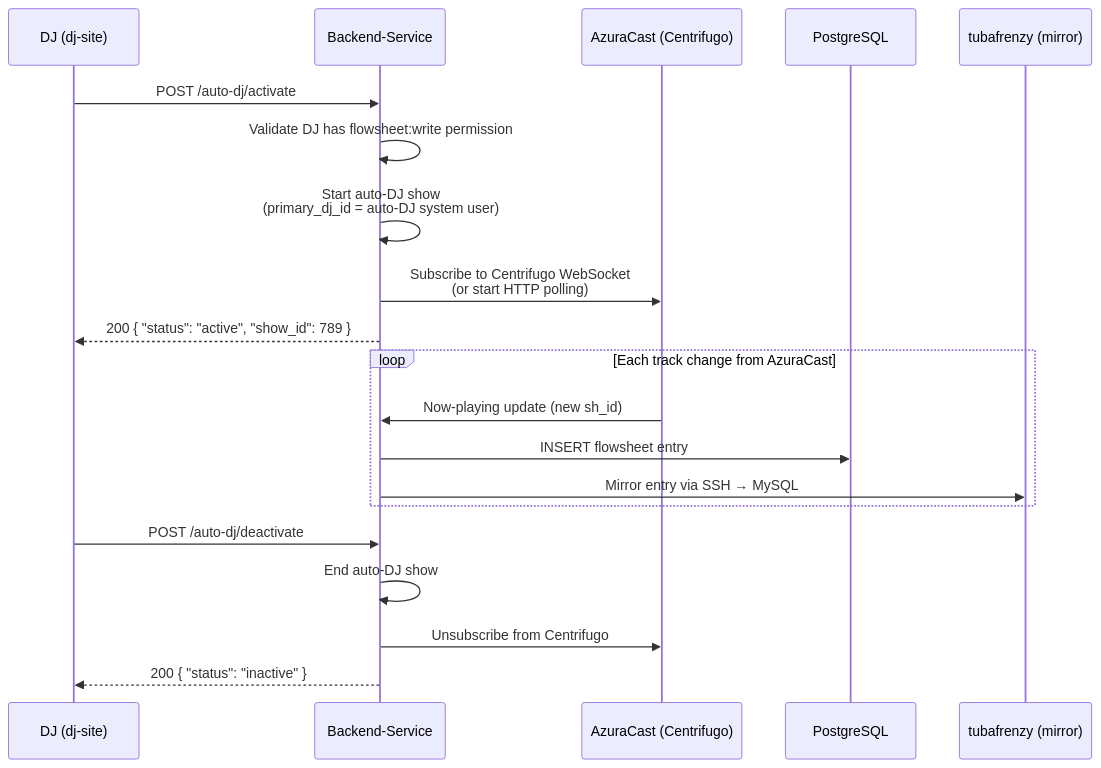
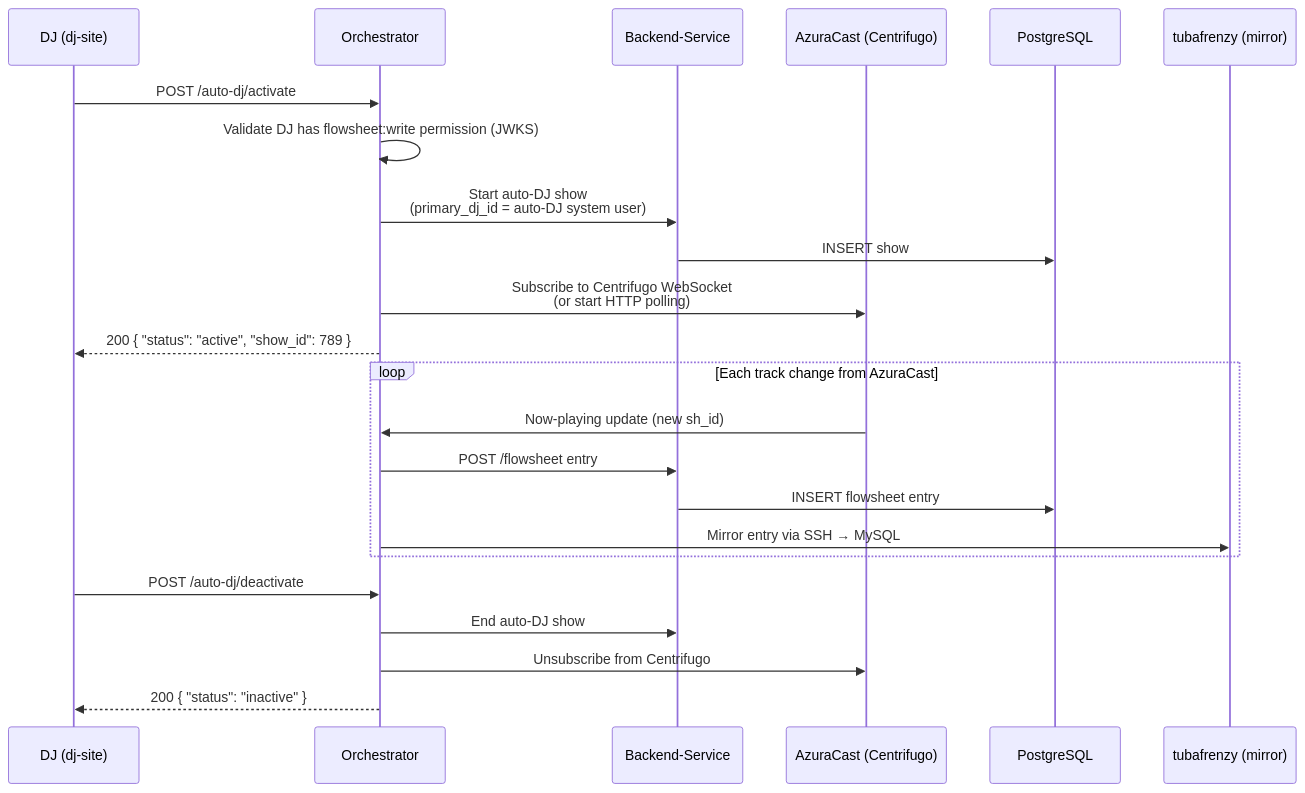
Before and after one commit to WXYC/auto-dj-arduino-switch: the second of 15 diagrams in docs/networking-spec.md, drawn with Mermaid. The commit also changed other lines of this file, not shown here.

First line of the commit message:
Replace Backend-Service with orchestrator where duties apply

````diff
--- a/docs/networking-spec.md
+++ b/docs/networking-spec.md
@@ -126,25 +126,28 @@
 ```mermaid
 sequenceDiagram
     participant DJ as DJ (dj-site)
+    participant Orch as Orchestrator
     participant BS as Backend-Service
     participant AZ as AzuraCast (Centrifugo)
     participant PG as PostgreSQL
     participant TF as tubafrenzy (mirror)
 
-    DJ->>BS: POST /auto-dj/activate
-    BS->>BS: Validate DJ has flowsheet:write permission
-    BS->>BS: Start auto-DJ show<br>(primary_dj_id = auto-DJ system user)
-    BS->>AZ: Subscribe to Centrifugo WebSocket<br>(or start HTTP polling)
-    BS-->>DJ: 200 { "status": "active", "show_id": 789 }
+    DJ->>Orch: POST /auto-dj/activate
+    Orch->>Orch: Validate DJ has flowsheet:write permission (JWKS)
+    Orch->>BS: Start auto-DJ show<br>(primary_dj_id = auto-DJ system user)
+    BS->>PG: INSERT show
+    Orch->>AZ: Subscribe to Centrifugo WebSocket<br>(or start HTTP polling)
+    Orch-->>DJ: 200 { "status": "active", "show_id": 789 }
 
     loop Each track change from AzuraCast
-        AZ->>BS: Now-playing update (new sh_id)
+        AZ->>Orch: Now-playing update (new sh_id)
+        Orch->>BS: POST /flowsheet entry
         BS->>PG: INSERT flowsheet entry
-        BS->>TF: Mirror entry via SSH → MySQL
+        Orch->>TF: Mirror entry via SSH → MySQL
     end
 
-    DJ->>BS: POST /auto-dj/deactivate
-    BS->>BS: End auto-DJ show
-    BS->>AZ: Unsubscribe from Centrifugo
-    BS-->>DJ: 200 { "status": "inactive" }
+    DJ->>Orch: POST /auto-dj/deactivate
+    Orch->>BS: End auto-DJ show
+    Orch->>AZ: Unsubscribe from Centrifugo
+    Orch-->>DJ: 200 { "status": "inactive" }
 ```
````
